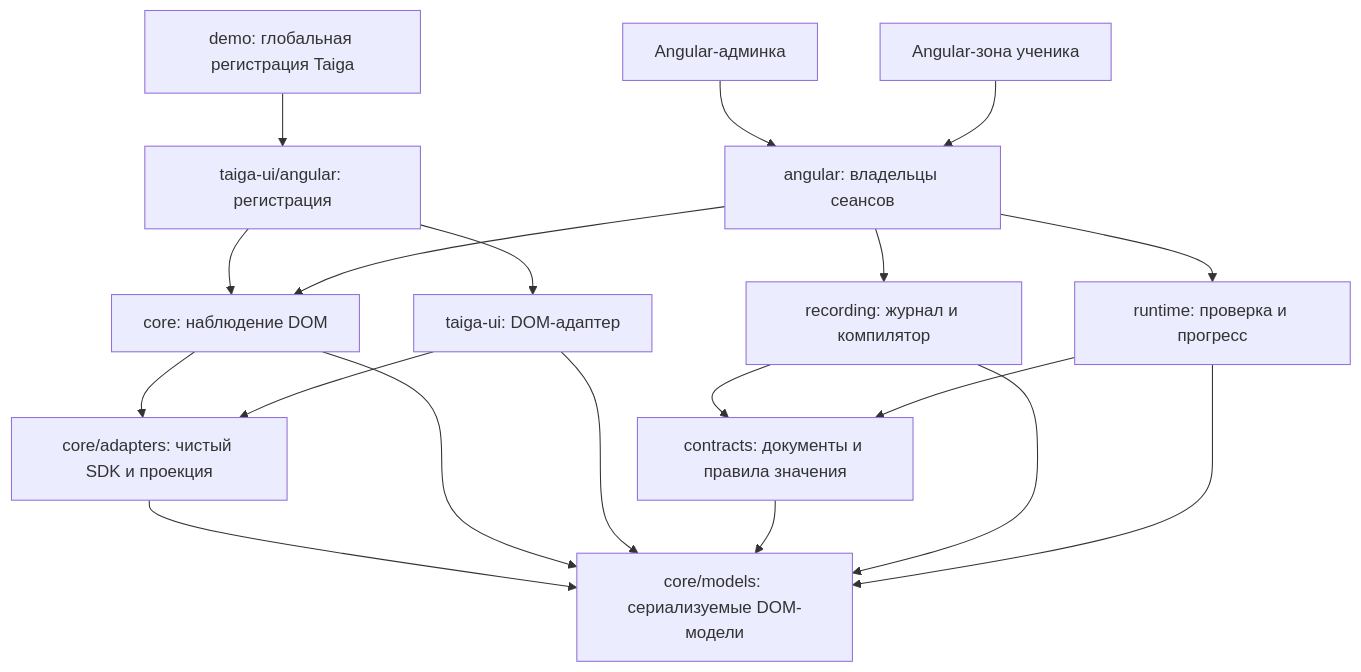
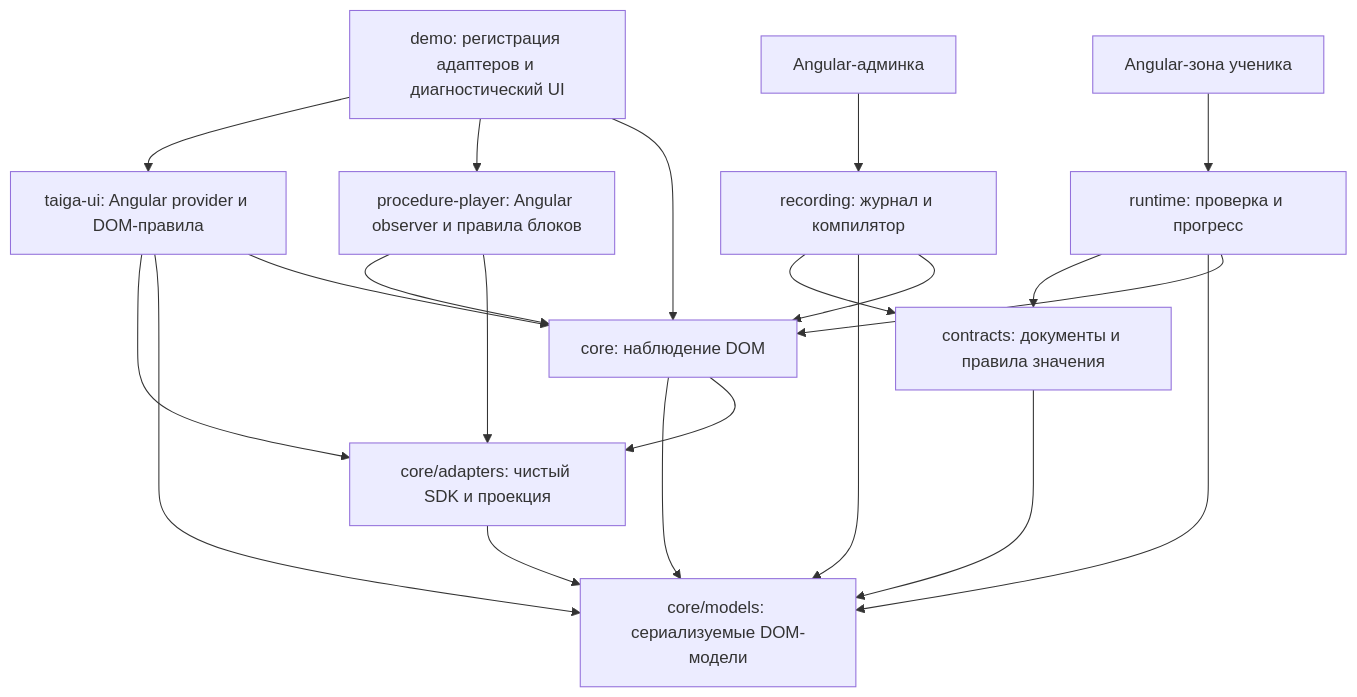
The first of 2 diagrams in ARCHITECTURE.md (a1rat91/training-observer), drawn with Mermaid before and after one commit. The commit also changed other lines of this file and 132 other files, not shown here.

First line of the commit message:
refactor!: consolidate Angular observation and adapters

````diff
--- a/ARCHITECTURE.md
+++ b/ARCHITECTURE.md
@@ -11,22 +11,24 @@
 ```mermaid
 flowchart TD
     Models[core/models: сериализуемые DOM-модели]
     Adapters[core/adapters: чистый SDK и проекция] --> Models
     Core[core: наблюдение DOM] --> Models
     Core --> Adapters
-    Taiga[taiga-ui: DOM-адаптер] --> Adapters
+    Taiga[taiga-ui: Angular provider и DOM-правила] --> Adapters
     Taiga --> Models
-    TaigaAngular[taiga-ui/angular: регистрация] --> Taiga
-    TaigaAngular --> Core
+    Taiga --> Core
+    Procedure[procedure-player: Angular observer и правила блоков] --> Core
+    Procedure --> Adapters
     Contracts[contracts: документы и правила значения] --> Models
     Recording[recording: журнал и компилятор] --> Contracts
     Recording --> Models
     Runtime[runtime: проверка и прогресс] --> Contracts
     Runtime --> Models
-    Angular[angular: владельцы сеансов] --> Core
-    Angular --> Recording
-    Angular --> Runtime
-    Admin[Angular-админка] --> Angular
-    Learner[Angular-зона ученика] --> Angular
-    Demo[demo: глобальная регистрация Taiga] --> TaigaAngular
+    Recording --> Core
+    Runtime --> Core
+    Admin[Angular-админка] --> Recording
+    Learner[Angular-зона ученика] --> Runtime
+    Demo[demo: регистрация адаптеров и диагностический UI] --> Taiga
+    Demo --> Procedure
+    Demo --> Core
 ```
````
